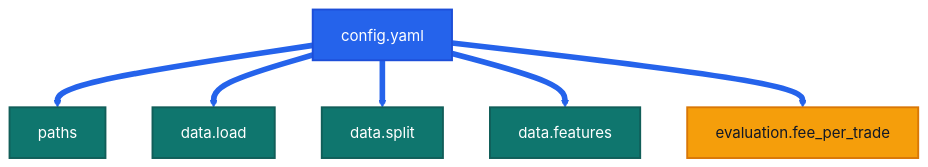
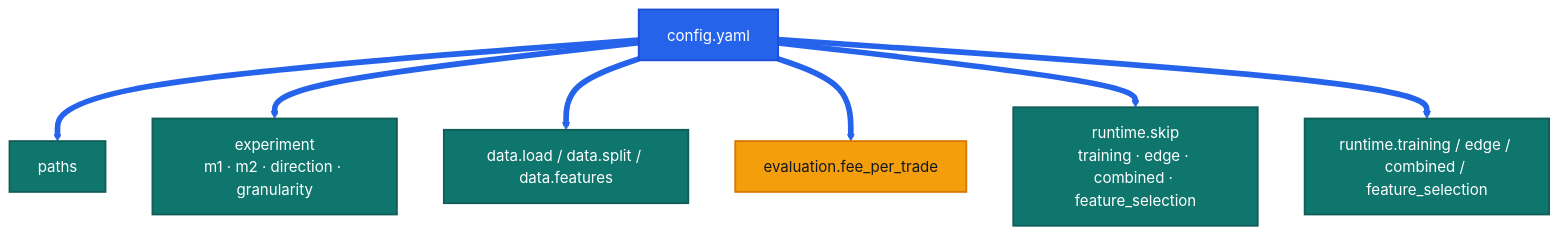
The second of 4 diagrams in README.md (Pablo-Molla-Charlez/SecondaryModel), drawn with Mermaid before and after one commit. The commit also changed other lines of this file and 10 other files, not shown here.

````diff
--- a/README.md
+++ b/README.md
@@ -62,16 +62,17 @@
 ```mermaid
 %%{init: {'theme': 'base', 'themeVariables': { 'primaryColor': '#2563eb', 'primaryBorderColor': '#1d4ed8', 'primaryTextColor': '#ffffff', 'secondaryColor': '#f59e0b', 'tertiaryColor': '#dcfce7', 'lineColor': '#0f172a', 'background': '#ffffff'}}}%%
 flowchart TD
     A[config.yaml] --> B[paths]
-    A --> C[data.load]
-    A --> D[data.split]
-    A --> E[data.features]
-    A --> G[evaluation.fee_per_trade]
+    A --> C[experiment<br/>m1 · m2 · direction · granularity]
+    A --> D[data.load / data.split / data.features]
+    A --> E[evaluation.fee_per_trade]
+    A --> F[runtime.skip<br/>training · edge · combined · feature_selection]
+    A --> G[runtime.training / edge / combined / feature_selection]
     classDef root fill:#2563eb,stroke:#1d4ed8,color:#ffffff,stroke-width:2px;
     classDef group fill:#0f766e,stroke:#115e59,color:#ffffff,stroke-width:2px;
     classDef detail fill:#f59e0b,stroke:#d97706,color:#111827,stroke-width:2px;
     class A root;
-    class B,C,D,E group;
-    class G detail;
-    linkStyle 0,1,2,3,4 stroke:#2563eb,stroke-width:6px;
+    class B,C,D,F,G group;
+    class E detail;
+    linkStyle 0,1,2,3,4,5 stroke:#2563eb,stroke-width:6px;
 ```
````
